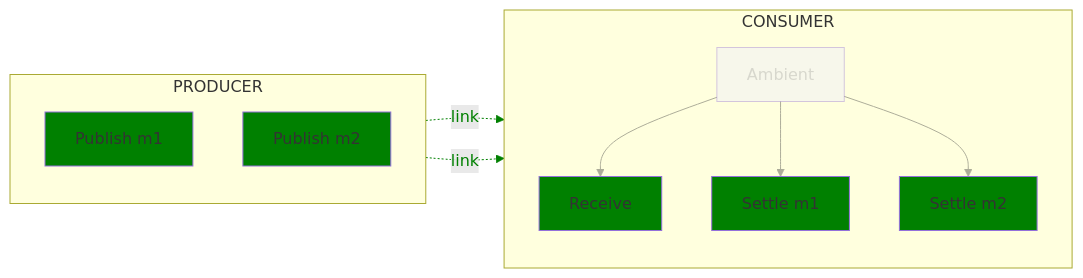
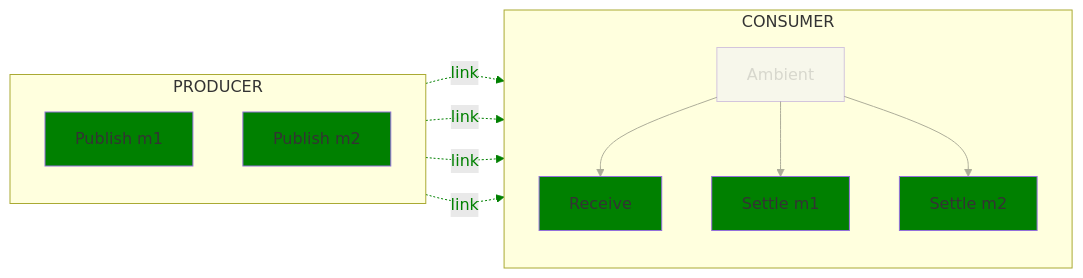
Before and after one commit to open-telemetry/oteps: diagram 11 of 12 in text/trace/0220-messaging-semantic-conventions-span-structure.md, drawn with Mermaid. The commit also changed other lines of this file, not shown here.

````diff
--- a/text/trace/0220-messaging-semantic-conventions-span-structure.md
+++ b/text/trace/0220-messaging-semantic-conventions-span-structure.md
@@ -560,23 +562,25 @@
 ```mermaid
 flowchart LR;
   subgraph PRODUCER
   direction TB
   PM1[Publish m1]
   PM2[Publish m2]
   end
   subgraph CONSUMER
   direction TB
   A[Ambient]-->R[Receive]
   A-->SM1[Settle m1]
   A-->SM2[Settle m2]
   end
   PM1-. link .->R;
   PM2-. link .->R;
+  PM1-. link .->SM1;
+  PM2-. link .->SM2;
 
   classDef normal fill:green
   class PM1,PM2,SM1,SM2,R normal
   classDef additional opacity:0.4
   class A additional
   linkStyle 0,1,2 opacity:0.4
-  linkStyle 3,4 color:green,stroke:green
+  linkStyle 3,4,5,6 color:green,stroke:green
 ```
````
